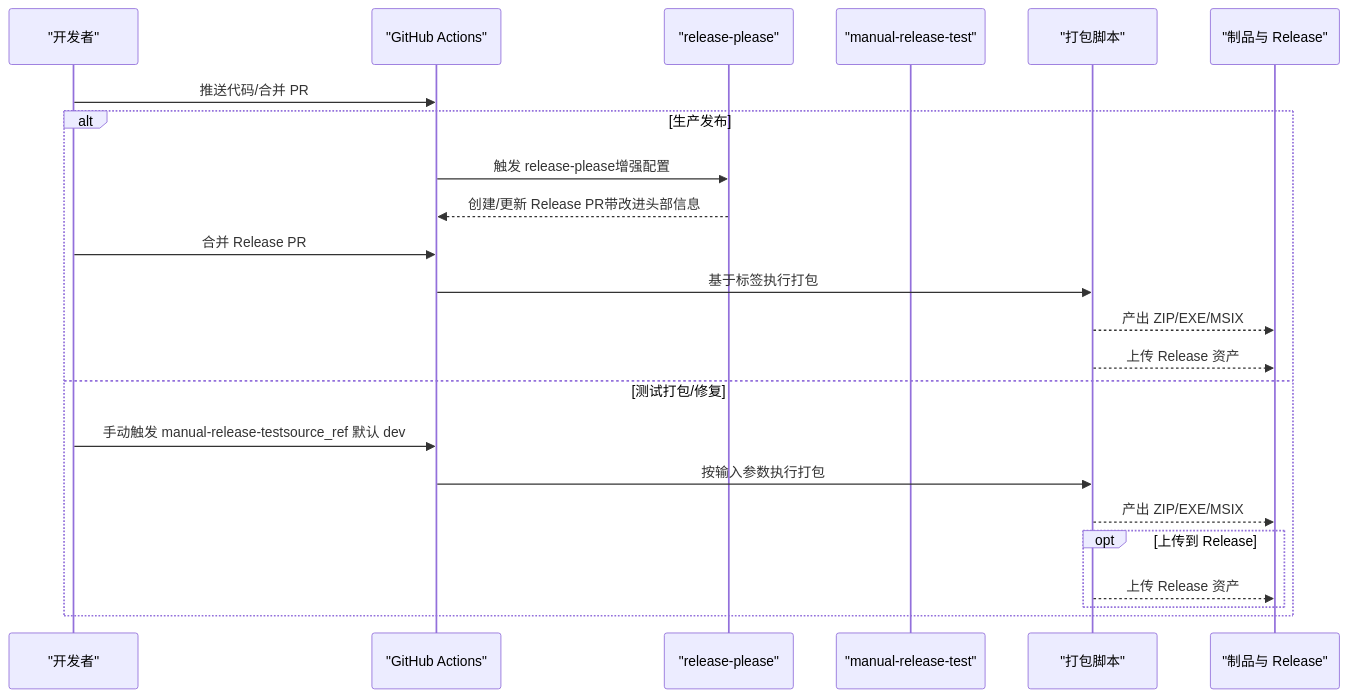
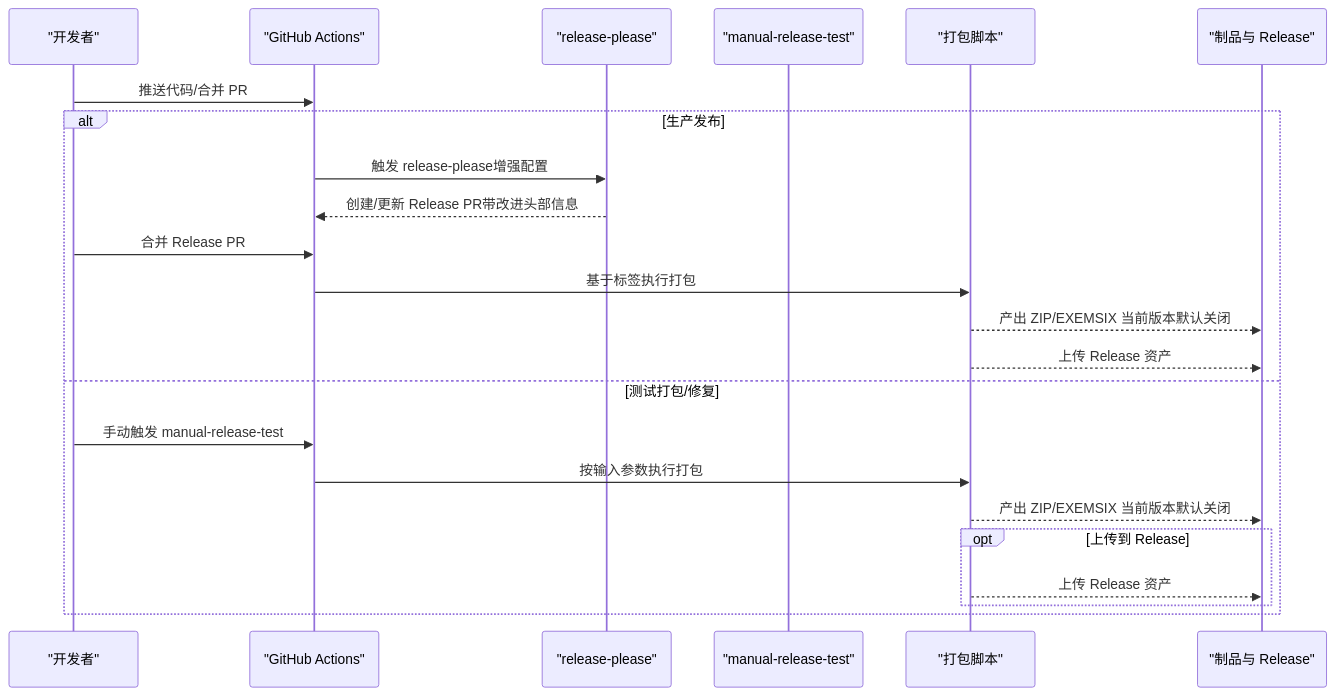
One commit to terwer/autojs6-dev-tools changed the second of 9 diagrams in .qoder/repowiki/zh/content/开发指南/部署与发布流程.md. Above: the diagram before and after it, drawn with Mermaid. The commit also changed other lines of this file and 3 other files, not shown here.

First line of the commit message:
docs(release): disable MSIX packaging by default and add MSIX installation guide

````diff
--- a/.qoder/repowiki/zh/content/开发指南/部署与发布流程.md
+++ b/.qoder/repowiki/zh/content/开发指南/部署与发布流程.md
@@ -145,25 +156,25 @@
 ```mermaid
 sequenceDiagram
 participant Dev as "开发者"
 participant CI as "GitHub Actions"
 participant R_P as "release-please"
 participant MRT as "manual-release-test"
 participant Scripts as "打包脚本"
 participant Artifacts as "制品与 Release"
 Dev->>CI : 推送代码/合并 PR
 alt 生产发布
 CI->>R_P : 触发 release-please增强配置
 R_P-->>CI : 创建/更新 Release PR带改进头部信息
 Dev->>CI : 合并 Release PR
 CI->>Scripts : 基于标签执行打包
-Scripts-->>Artifacts : 产出 ZIP/EXE/MSIX
+Scripts-->>Artifacts : 产出 ZIP/EXEMSIX 当前版本默认关闭
 Scripts-->>Artifacts : 上传 Release 资产
 else 测试打包/修复
-Dev->>CI : 手动触发 manual-release-testsource_ref 默认 dev
+Dev->>CI : 手动触发 manual-release-test
 CI->>Scripts : 按输入参数执行打包
-Scripts-->>Artifacts : 产出 ZIP/EXE/MSIX
+Scripts-->>Artifacts : 产出 ZIP/EXEMSIX 当前版本默认关闭
 opt 上传到 Release
 Scripts-->>Artifacts : 上传 Release 资产
 end
 end
 ```
````
